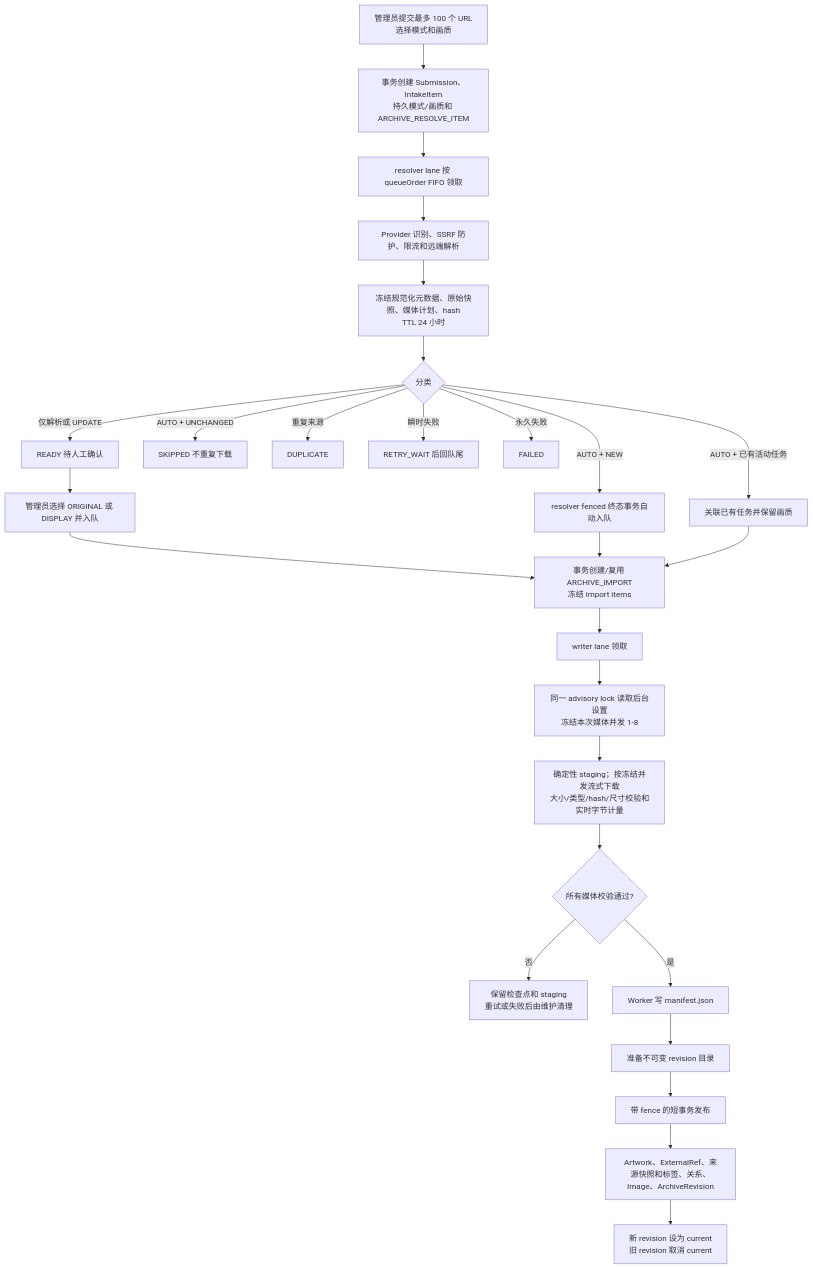
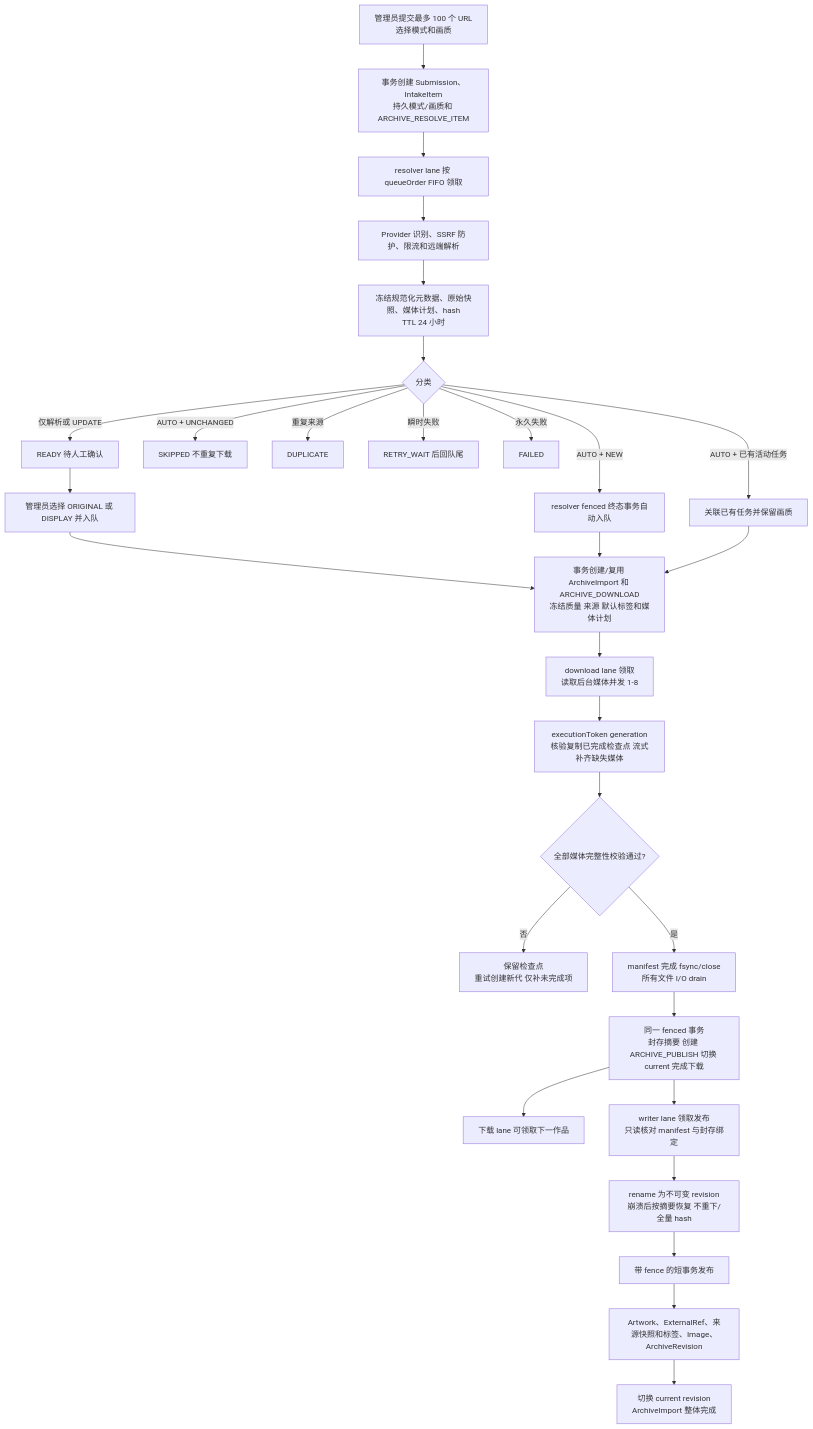
One commit to namehu/PixiShelf changed the diagram in docs/diagrams/architecture/archive-import.mmd. Above: the diagram before and after it, drawn with Mermaid. The commit also changed 113 other files, not shown here.

```diff
--- a/docs/diagrams/architecture/archive-import.mmd
+++ b/docs/diagrams/architecture/archive-import.mmd
@@ -1,28 +1,39 @@
 flowchart TD
   URL[管理员提交最多 100 个 URL\n选择模式和画质] --> CREATE[事务创建 Submission、IntakeItem\n持久模式/画质和 ARCHIVE_RESOLVE_ITEM]
   CREATE --> FIFO[resolver lane 按 queueOrder FIFO 领取]
   FIFO --> REMOTE[Provider 识别、SSRF 防护、限流和远端解析]
   REMOTE --> FROZEN[冻结规范化元数据、原始快照、媒体计划、hash\nTTL 24 小时]
   FROZEN --> CLASSIFY{分类}
   CLASSIFY -->|仅解析或 UPDATE| READY[READY 待人工确认]
   CLASSIFY -->|AUTO + NEW| AUTO[resolver fenced 终态事务自动入队]
   CLASSIFY -->|AUTO + UNCHANGED| SKIP[SKIPPED 不重复下载]
   CLASSIFY -->|AUTO + 已有活动任务| ACTIVE[关联已有任务并保留画质]
   CLASSIFY -->|重复来源| DUP[DUPLICATE]
   CLASSIFY -->|瞬时失败| RETRY[RETRY_WAIT 后回队尾]
   CLASSIFY -->|永久失败| FAIL[FAILED]
 
   READY --> SELECT[管理员选择 ORIGINAL 或 DISPLAY 并入队]
-  SELECT --> IMPORT[事务创建/复用 ARCHIVE_IMPORT\n冻结 import items]
+  SELECT --> IMPORT[事务创建/复用 ArchiveImport 和 ARCHIVE_DOWNLOAD
+冻结质量 来源 默认标签和媒体计划]
   AUTO --> IMPORT
   ACTIVE --> IMPORT
-  IMPORT --> WRITER[writer lane 领取]
-  WRITER --> CONFIG[同一 advisory lock 读取后台设置\n冻结本次媒体并发 1-8]
-  CONFIG --> STAGING[确定性 staging；按冻结并发流式下载\n大小/类型/hash/尺寸校验和实时字节计量]
-  STAGING --> ALL{所有媒体校验通过?}
-  ALL -->|否| KEEP[保留检查点和 staging\n重试或失败后由维护清理]
-  ALL -->|是| MANIFEST[Worker 写 manifest.json]
-  MANIFEST --> REV[准备不可变 revision 目录]
+  IMPORT --> DOWNLOAD[download lane 领取
+读取后台媒体并发 1-8]
+  DOWNLOAD --> STAGING[executionToken generation
+核验复制已完成检查点 流式补齐缺失媒体]
+  STAGING --> ALL{全部媒体完整性校验通过?}
+  ALL -->|否| KEEP[保留检查点
+重试创建新代 仅补未完成项]
+  ALL -->|是| MANIFEST[manifest 完成 fsync/close
+所有文件 I/O drain]
+  MANIFEST --> HANDOFF[同一 fenced 事务
+封存摘要 创建 ARCHIVE_PUBLISH 切换 current 完成下载]
+  HANDOFF --> NEXT[下载 lane 可领取下一作品]
+  HANDOFF --> WRITER[writer lane 领取发布
+只读核对 manifest 与封存绑定]
+  WRITER --> REV[rename 为不可变 revision
+崩溃后按摘要恢复 不重下/全量 hash]
   REV --> PUB[带 fence 的短事务发布]
-  PUB --> DATA[Artwork、ExternalRef、来源快照和标签、关系、Image、ArchiveRevision]
-  DATA --> CURRENT[新 revision 设为 current\n旧 revision 取消 current]
+  PUB --> DATA[Artwork、ExternalRef、来源快照和标签、Image、ArchiveRevision]
+  DATA --> CURRENT[切换 current revision
+ArchiveImport 整体完成]
```
